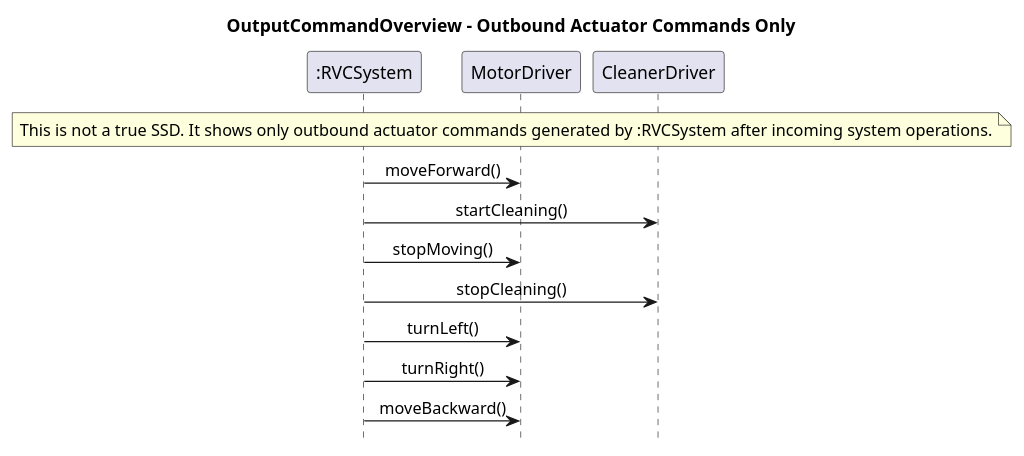
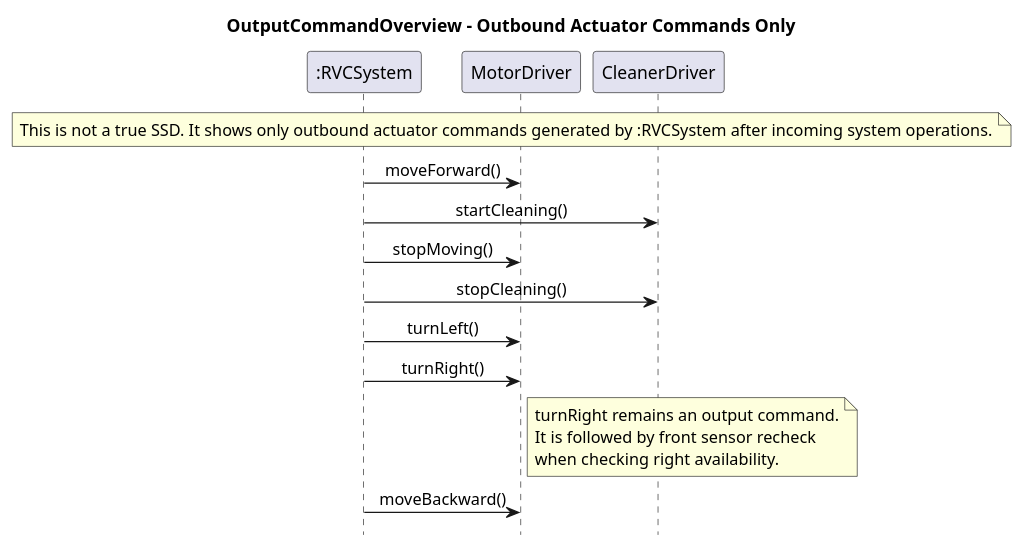
Before and after one commit to YoonBoorue/OOAD_TEAM1: the diagram in docs/ai-output/srs_diagrams.puml, drawn with PlantUML. The commit also changed 10 other files, not shown here.

```diff
--- a/docs/ai-output/srs_diagrams.puml
+++ b/docs/ai-output/srs_diagrams.puml
@@ -4,29 +4,35 @@
 @startuml OutputCommandOverview
 title OutputCommandOverview - Outbound Actuator Commands Only
 
 skinparam sequenceMessageAlign center
 hide footbox
 
 participant ":RVCSystem" as RVCSystem
 participant "MotorDriver" as MotorDriver
 participant "CleanerDriver" as CleanerDriver
 
 note over RVCSystem, CleanerDriver
 This is not a true SSD. It shows only outbound actuator commands generated by :RVCSystem after incoming system operations.
 end note
 
 RVCSystem -> MotorDriver: moveForward()
 
 RVCSystem -> CleanerDriver: startCleaning()
 
 RVCSystem -> MotorDriver: stopMoving()
 
 RVCSystem -> CleanerDriver: stopCleaning()
 
 RVCSystem -> MotorDriver: turnLeft()
 
 RVCSystem -> MotorDriver: turnRight()
 
+note right of MotorDriver
+turnRight remains an output command.
+It is followed by front sensor recheck
+when checking right availability.
+end note
+
 RVCSystem -> MotorDriver: moveBackward()
 
 @enduml
```
